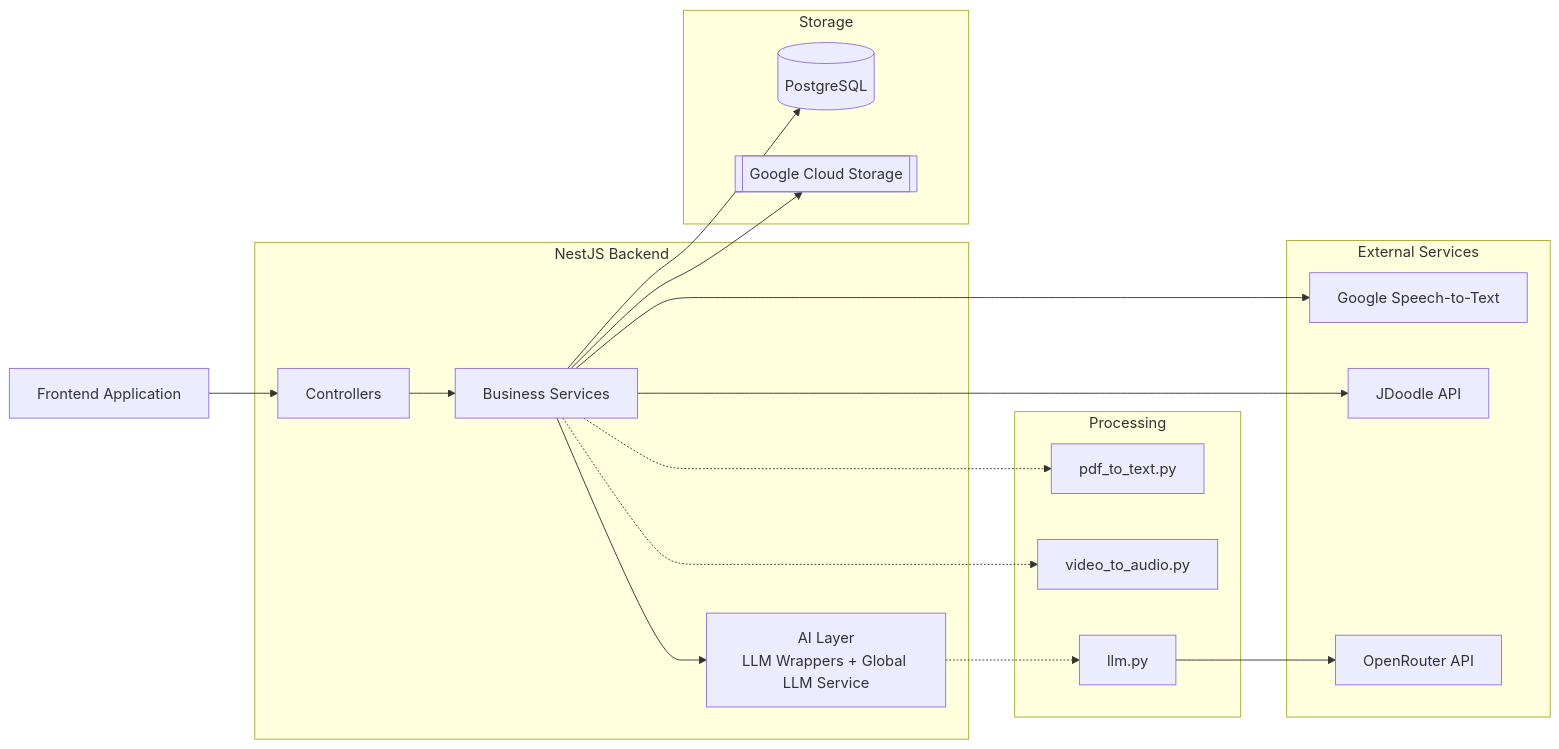
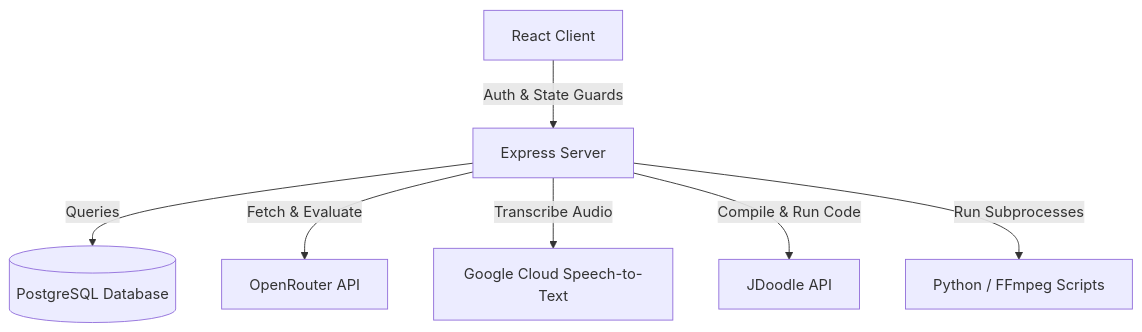
Before and after one commit to thegurlalsingh/botfolio: the first of 3 diagrams in README.md, drawn with Mermaid. The commit also changed other lines of this file and 223 other files, not shown here.

````diff
--- a/README.md
+++ b/README.md
@@ -7,44 +25,9 @@
 ```mermaid
-flowchart LR
-
-    Client[Frontend Application]
-
-    subgraph Backend["NestJS Backend"]
-        Controllers[Controllers]
-        Services[Business Services]
-        AI[AI Layer<br/>LLM Wrappers + Global LLM Service]
-
-        Controllers --> Services
-        Services --> AI
-    end
-
-    subgraph Storage
-        DB[(PostgreSQL)]
-        GCS[[Google Cloud Storage]]
-    end
-
-    subgraph Processing
-        PDF[pdf_to_text.py]
-        AUDIO[video_to_audio.py]
-        LLM[llm.py]
-    end
-
-    subgraph External_APIs["External Services"]
-        Speech[Google Speech-to-Text]
-        JDoodle[JDoodle API]
-        OpenRouter[OpenRouter API]
-    end
-
-    Client --> Controllers
-
-    Services --> DB
-    Services --> GCS
-
-    Services -.-> PDF
-    Services -.-> AUDIO
-    AI -.-> LLM
-
-    Services --> Speech
-    Services --> JDoodle
-    LLM --> OpenRouter
+graph TD
+    A[React Client] -- Auth & State Guards --> B[Express Server]
+    B -- Queries --> C[(PostgreSQL Database)]
+    B -- Fetch & Evaluate --> D[OpenRouter API]
+    B -- Transcribe Audio --> E[Google Cloud Speech-to-Text]
+    B -- Compile & Run Code --> F[JDoodle API]
+    B -- Run Subprocesses --> G[Python / FFmpeg Scripts]
 ```
````
